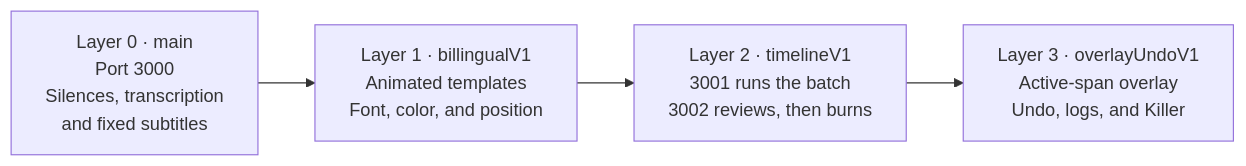
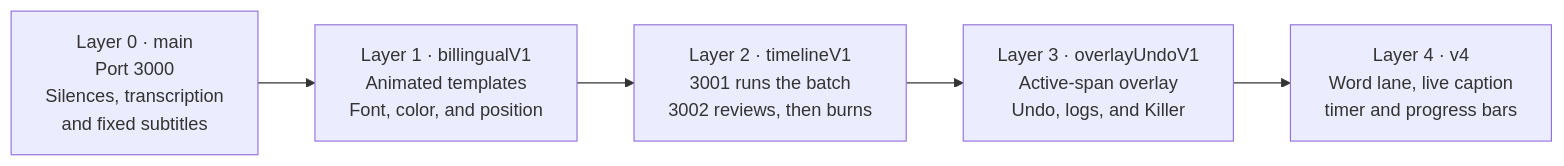
Before and after one commit to Juan9201/CC-V1: the second of 2 diagrams in README.md, drawn with Mermaid. The commit also changed other lines of this file and 9 other files, not shown here.

First line of the commit message:
﻿Add version 4: live captions, a millisecond timer, and per-step progress.

````diff
--- a/README.md
+++ b/README.md
@@ -33,8 +35,9 @@
 ```mermaid
 flowchart LR
   c0["Layer 0 · main<br/>Port 3000<br/>Silences, transcription<br/>and fixed subtitles"]
   c1["Layer 1 · billingualV1<br/>Animated templates<br/>Font, color, and position"]
   c2["Layer 2 · timelineV1<br/>3001 runs the batch<br/>3002 reviews, then burns"]
   c3["Layer 3 · overlayUndoV1<br/>Active-span overlay<br/>Undo, logs, and Killer"]
-  c0 --> c1 --> c2 --> c3
+  c4["Layer 4 · v4<br/>Word lane, live caption<br/>timer and progress bars"]
+  c0 --> c1 --> c2 --> c3 --> c4
 ```
````
